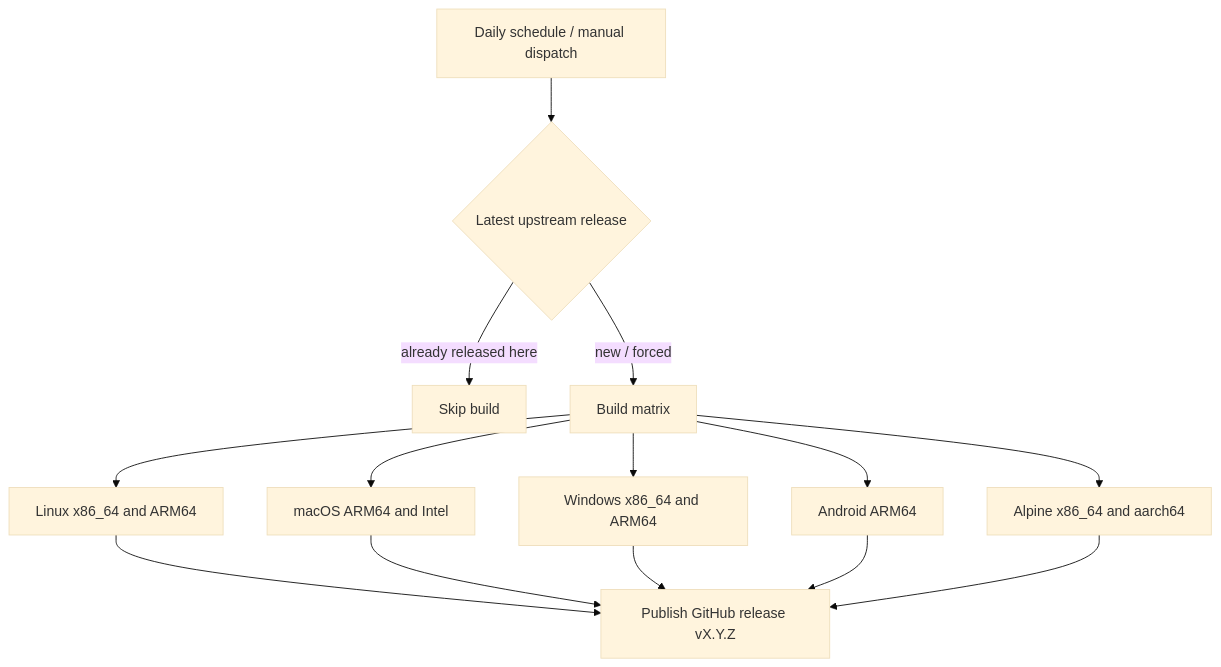
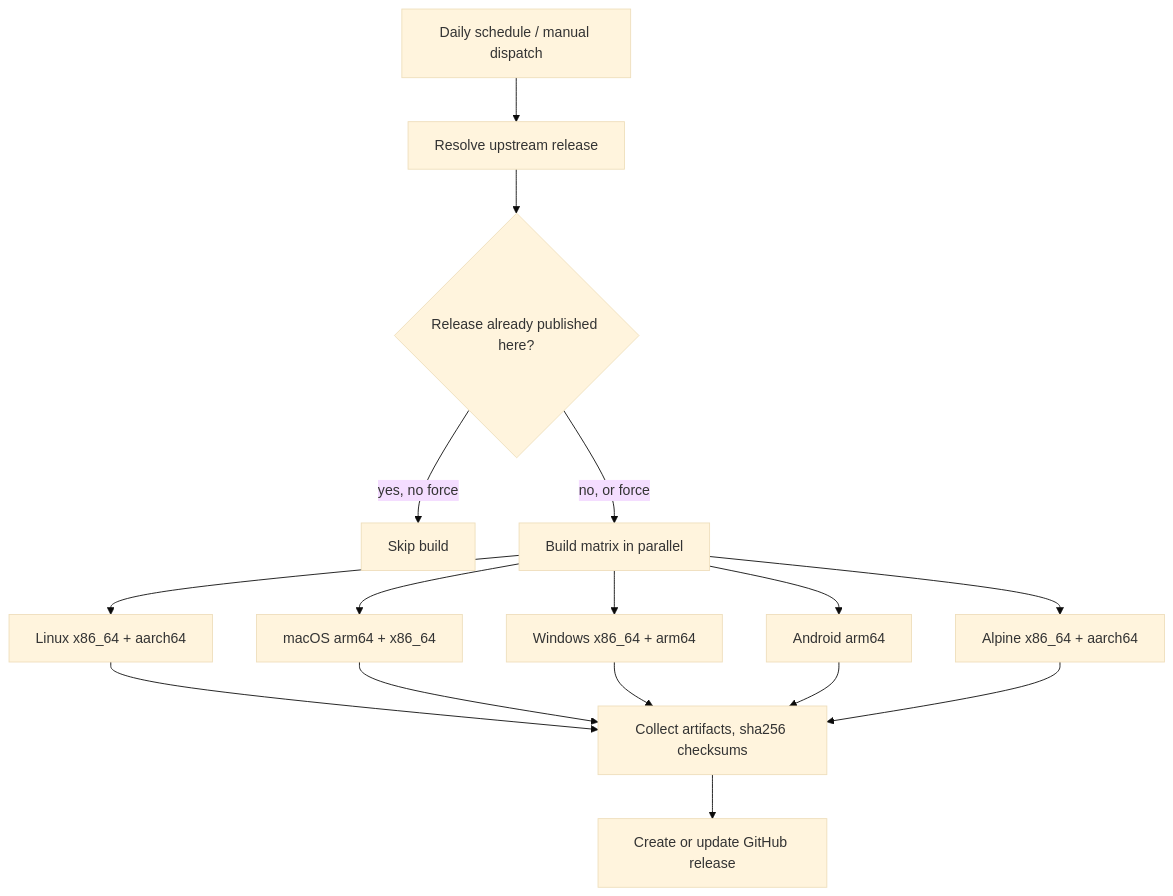
The diagram in README.md (arakurumi/aria2-next-builds), drawn with Mermaid (base theme) before and after one commit. The commit also changed other lines of this file, not shown here.

````diff
--- a/README.md
+++ b/README.md
@@ -20,16 +31,18 @@
 ```mermaid
 flowchart TD
-    A[Daily schedule / manual dispatch] --> B{Latest upstream release}
-    B -->|already released here| C[Skip build]
-    B -->|new / forced| D[Build matrix]
-    D --> E[Linux x86_64 and ARM64]
-    D --> F[macOS ARM64 and Intel]
-    D --> G[Windows x86_64 and ARM64]
-    D --> H[Android ARM64]
-    D --> I[Alpine x86_64 and aarch64]
-    E --> J[Publish GitHub release vX.Y.Z]
-    F --> J
-    G --> J
-    H --> J
-    I --> J
+    A[Daily schedule / manual dispatch] --> B[Resolve upstream release]
+    B --> C{Release already published here?}
+    C -->|yes, no force| D[Skip build]
+    C -->|no, or force| E[Build matrix in parallel]
+    E --> F[Linux x86_64 + aarch64]
+    E --> G[macOS arm64 + x86_64]
+    E --> H[Windows x86_64 + arm64]
+    E --> I[Android arm64]
+    E --> J[Alpine x86_64 + aarch64]
+    F --> K[Collect artifacts, sha256 checksums]
+    G --> K
+    H --> K
+    I --> K
+    J --> K
+    K --> L[Create or update GitHub release]
 ```
````
